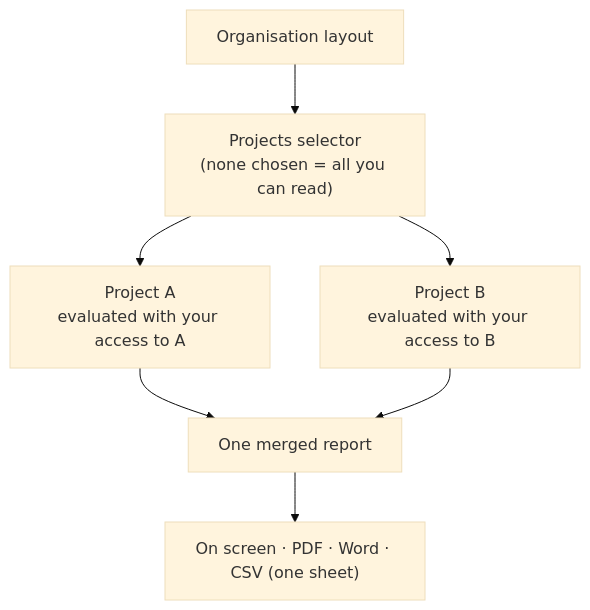
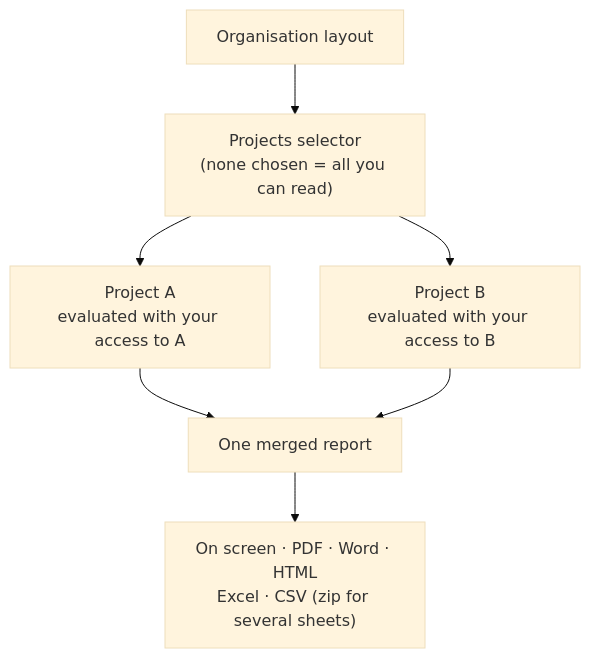
Before and after one commit to ballardr/reqtrackmanager: the fourth of 4 diagrams in docs/website/docs/core-features/reports-and-export.md, drawn with Mermaid (base theme). The commit also changed other lines of this file and 32 other files, not shown here.

Commit message:
Phase 7 - Renderers: interface, HTML, CSV/XLSX, DOCX, PDF

````diff
--- a/docs/website/docs/core-features/reports-and-export.md
+++ b/docs/website/docs/core-features/reports-and-export.md
@@ -116,9 +116,9 @@
 ```mermaid
 flowchart TD
     L["Organisation layout"] --> S["Projects selector<br/>(none chosen = all you can read)"]
     S --> A["Project A<br/>evaluated with your access to A"]
     S --> B["Project B<br/>evaluated with your access to B"]
     A --> M["One merged report"]
     B --> M
-    M --> O["On screen · PDF · Word · CSV (one sheet)"]
+    M --> O["On screen · PDF · Word · HTML<br/>Excel · CSV (zip for several sheets)"]
 ```
````
